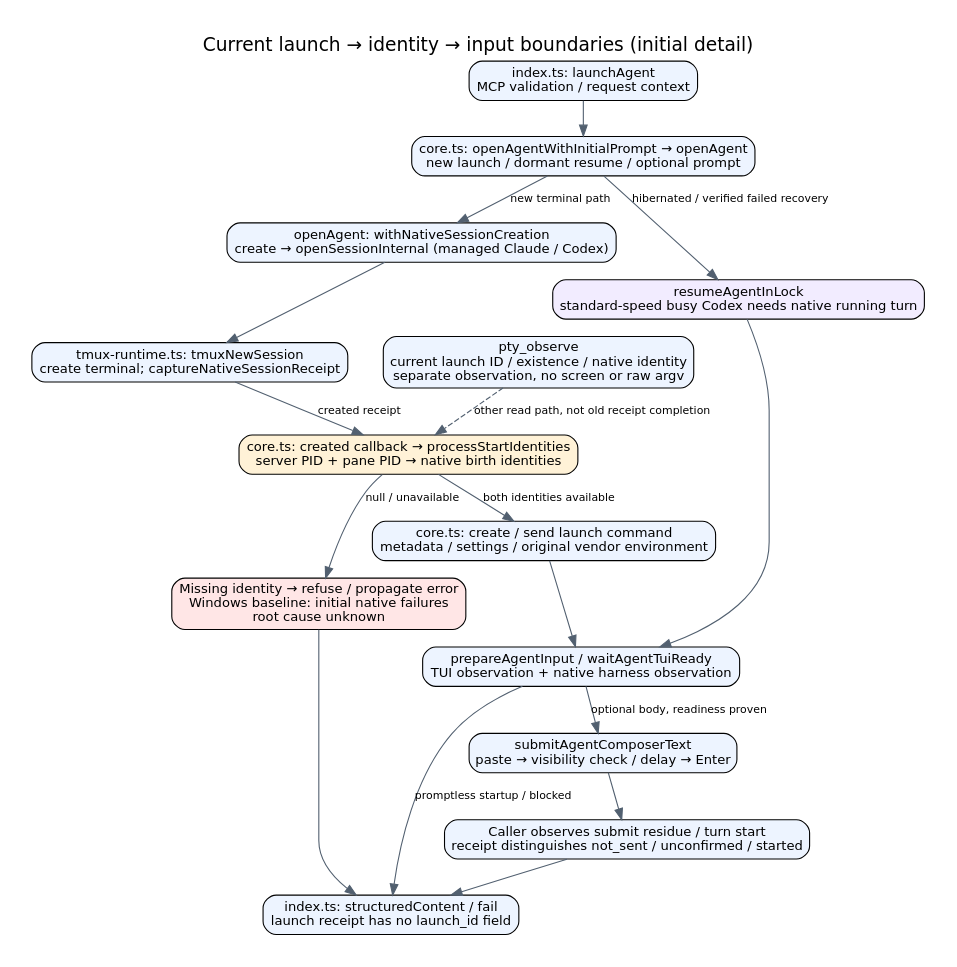
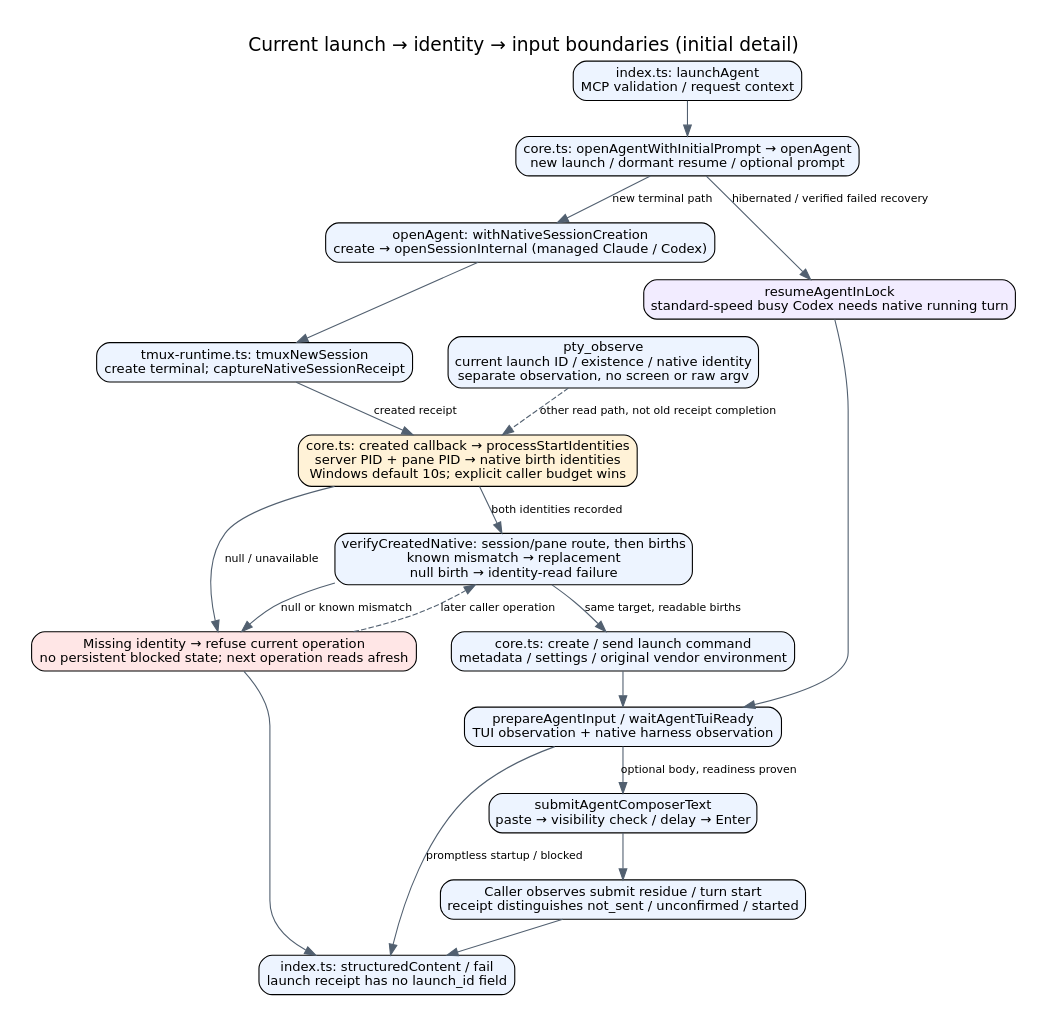
One commit to kitepon/aiterm-mcp changed the diagram in docs/architecture/launch-identity-input.dot. Above: the diagram before and after it, drawn with Graphviz. The commit also changed 7 other files, not shown here.

Commit message:
Distinguish unreadable native births and allow Windows startup time

```diff
--- a/docs/architecture/launch-identity-input.dot
+++ b/docs/architecture/launch-identity-input.dot
@@ -1,26 +1,30 @@
 digraph launch {
  graph [rankdir=TB,bgcolor="white",pad=0.3,nodesep=0.45,ranksep=0.45,label="Current launch → identity → input boundaries (initial detail)",labelloc=t,fontname="DejaVu Sans",fontsize=17];
  node [shape=box,style="rounded,filled",fillcolor="#edf4ff",fontname="DejaVu Sans",fontsize=12];
  edge [fontname="DejaVu Sans",fontsize=10,color="#526070"];
  request [label="index.ts: launchAgent\nMCP validation / request context"];
  entry [label="core.ts: openAgentWithInitialPrompt → openAgent\nnew launch / dormant resume / optional prompt"];
  create [label="openAgent: withNativeSessionCreation\ncreate → openSessionInternal (managed Claude / Codex)"];
  mux [label="tmux-runtime.ts: tmuxNewSession\ncreate terminal; captureNativeSessionReceipt"];
- identity [label="core.ts: created callback → processStartIdentities\nserver PID + pane PID → native birth identities",fillcolor="#fff2d7"];
- fail [label="Missing identity → refuse / propagate error\nWindows baseline: initial native failures\nroot cause unknown",fillcolor="#ffe6e6"];
+ identity [label="core.ts: created callback → processStartIdentities\nserver PID + pane PID → native birth identities\nWindows default 10s; explicit caller budget wins",fillcolor="#fff2d7"];
+ verify [label="verifyCreatedNative: session/pane route, then births\nknown mismatch → replacement\nnull birth → identity-read failure"];
+ fail [label="Missing identity → refuse current operation\nno persistent blocked state; next operation reads afresh",fillcolor="#ffe6e6"];
  launch [label="core.ts: create / send launch command\nmetadata / settings / original vendor environment"];
  ready [label="prepareAgentInput / waitAgentTuiReady\nTUI observation + native harness observation"];
  resume [label="resumeAgentInLock\nstandard-speed busy Codex needs native running turn",fillcolor="#f2ecff"];
  input [label="submitAgentComposerText\npaste → visibility check / delay → Enter"];
  after [label="Caller observes submit residue / turn start\nreceipt distinguishes not_sent / unconfirmed / started"];
  receipt [label="index.ts: structuredContent / fail\nlaunch receipt has no launch_id field"];
  observe [label="pty_observe\ncurrent launch ID / existence / native identity\nseparate observation, no screen or raw argv"];
  request -> entry;entry -> create [label="new terminal path"];entry -> resume [label="hibernated / verified failed recovery"];
  create -> mux;mux -> identity [label="created receipt"];
  identity -> fail [label="null / unavailable"];fail -> receipt;
- identity -> launch [label="both identities available"];
+ identity -> verify [label="both identities recorded"];
+ verify -> launch [label="same target, readable births"];
+ verify -> fail [label="null or known mismatch"];
+ fail -> verify [label="later caller operation",style=dashed];
  launch -> ready;resume -> ready;ready -> input [label="optional body, readiness proven"];
  ready -> receipt [label="promptless startup / blocked"];
  input -> after;after -> receipt;
  observe -> identity [label="other read path, not old receipt completion",style=dashed];
 }
```
